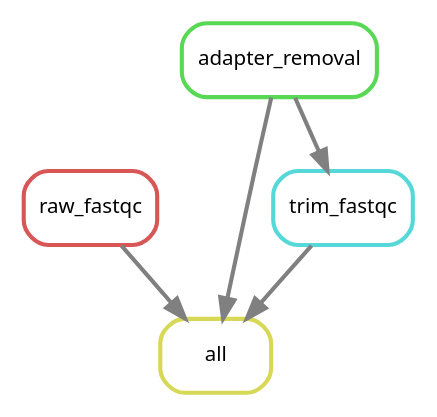
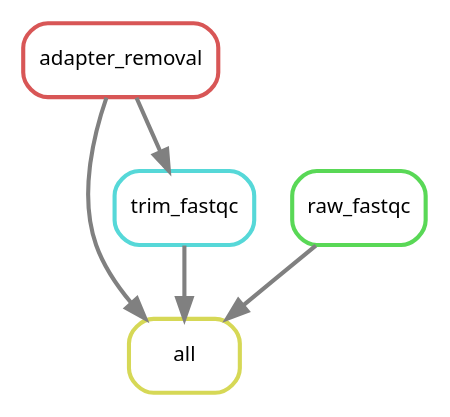
Before and after one commit to DRMCRL/ENCODE_T47D_HiC_ENCSR549MGQ: the diagram in output/rulegraph.dot, drawn with Graphviz. The commit also changed 11 other files, not shown here.

```diff
--- a/output/rulegraph.dot
+++ b/output/rulegraph.dot
@@ -1,13 +1,13 @@
 digraph snakemake_dag {
     graph[bgcolor=white, margin=0];
     node[shape=box, style=rounded, fontname=sans,                 fontsize=10, penwidth=2];
     edge[penwidth=2, color=grey];
 	0[label = "all", color = "0.17 0.6 0.85", style="rounded"];
-	1[label = "raw_fastqc", color = "0.00 0.6 0.85", style="rounded"];
-	2[label = "adapter_removal", color = "0.33 0.6 0.85", style="rounded"];
-	3[label = "trim_fastqc", color = "0.50 0.6 0.85", style="rounded"];
+	1[label = "adapter_removal", color = "0.00 0.6 0.85", style="rounded"];
+	2[label = "trim_fastqc", color = "0.50 0.6 0.85", style="rounded"];
+	3[label = "raw_fastqc", color = "0.33 0.6 0.85", style="rounded"];
 	1 -> 0
+	3 -> 0
 	2 -> 0
-	3 -> 0
-	2 -> 3
+	1 -> 2
 }            
```
